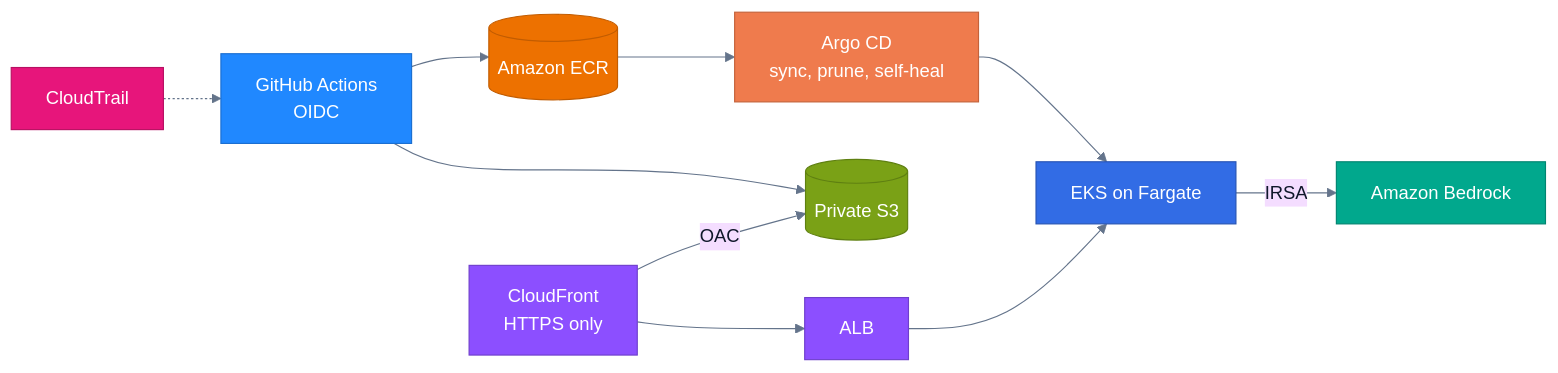
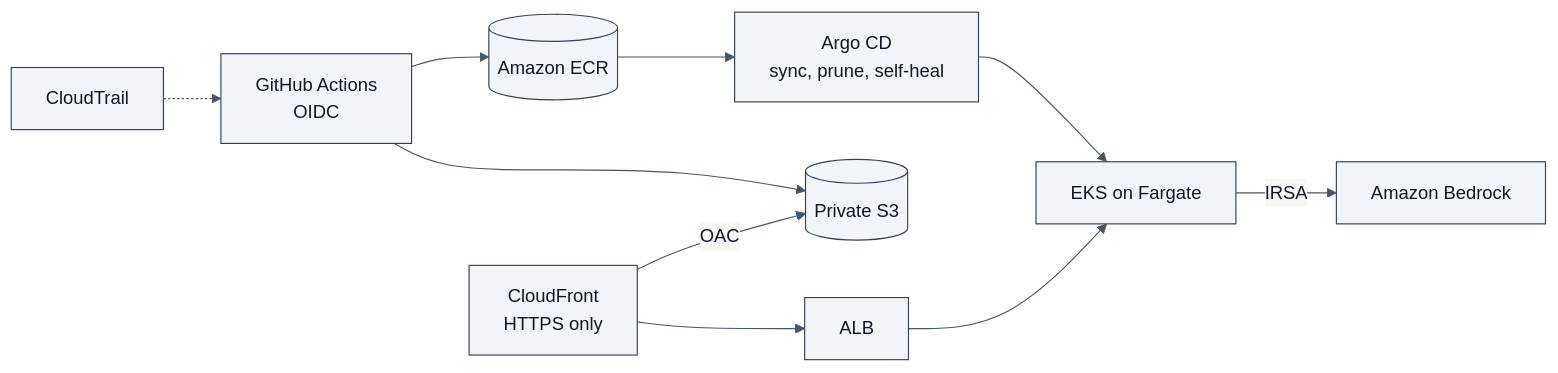
The third of 7 diagrams in README.md (Rohit-1920/Rohit-1920), drawn with Mermaid before and after one commit. The commit also changed other lines of this file, not shown here.

````diff
--- a/README.md
+++ b/README.md
@@ -228,27 +216,10 @@
 ```mermaid
-%%{init: {'theme':'base','themeVariables':{'fontFamily':'Inter, ui-sans-serif, system-ui, sans-serif','lineColor':'#64748B','primaryTextColor':'#0F172A'}}}%%
+%%{init: {'theme':'base','themeVariables':{'fontFamily':'Inter, ui-sans-serif, system-ui, sans-serif','primaryColor':'#F1F5F9','primaryBorderColor':'#334155','primaryTextColor':'#0F172A','lineColor':'#475569'}}}%%
 flowchart LR
   GA["GitHub Actions<br/>OIDC"] --> ECR[("Amazon ECR")] --> ARGO["Argo CD<br/>sync, prune, self-heal"] --> EKS["EKS on Fargate"]
   GA --> S3[("Private S3")]
   EKS -- IRSA --> BR["Amazon Bedrock"]
   CF["CloudFront<br/>HTTPS only"] -- OAC --> S3
   CF --> ALB["ALB"] --> EKS
   CT["CloudTrail"] -.-> GA
-
-  classDef ci fill:#2088FF,stroke:#1B6FD1,color:#FFFFFF
-  classDef argo fill:#EF7B4D,stroke:#C4623A,color:#FFFFFF
-  classDef aws fill:#ED7100,stroke:#C25C00,color:#FFFFFF
-  classDef store fill:#7AA116,stroke:#5F8011,color:#FFFFFF
-  classDef net fill:#8C4FFF,stroke:#6F3FCC,color:#FFFFFF
-  classDef ai fill:#01A88D,stroke:#018570,color:#FFFFFF
-  classDef mgmt fill:#E7157B,stroke:#B80F62,color:#FFFFFF
-  classDef k8s fill:#326CE5,stroke:#2653B3,color:#FFFFFF
-  class GA ci
-  class ARGO argo
-  class ECR aws
-  class S3 store
-  class CF,ALB net
-  class BR ai
-  class CT mgmt
-  class EKS k8s
 ```
````
